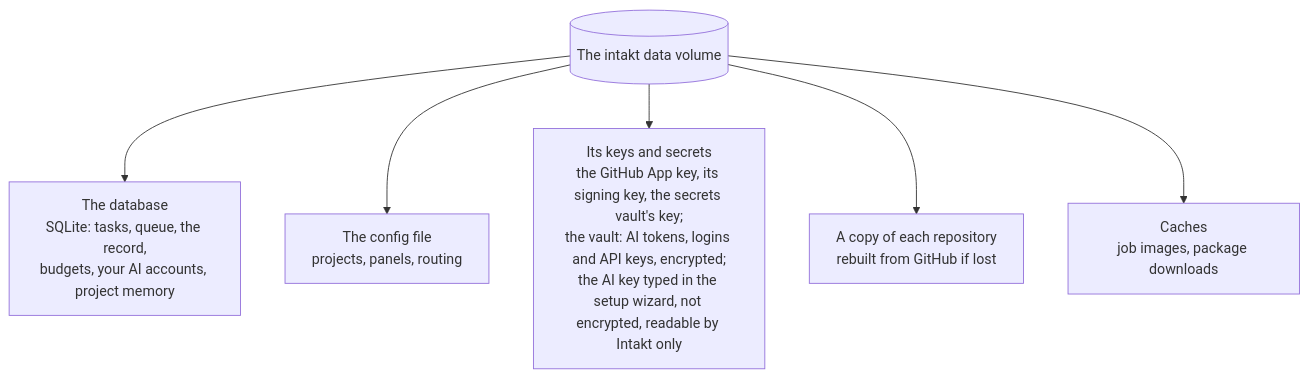
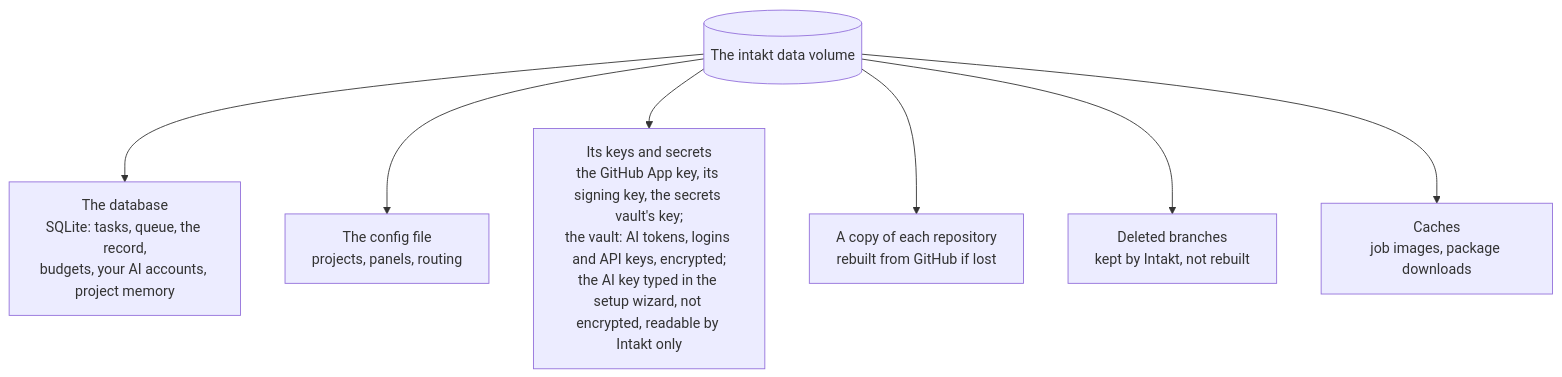
One commit to shinyredapples/intakt changed the diagram in docs/guide/your-data.md. Above: the diagram before and after it, drawn with Mermaid. The commit also changed other lines of this file and 2 other files, not shown here.

Commit message:
docs(git): describe the branch archive on the data volume

````diff
--- a/docs/guide/your-data.md
+++ b/docs/guide/your-data.md
@@ -7,8 +7,9 @@
 ```mermaid
 flowchart TD
   vol[(The intakt data volume)] --> db[The database<br/>SQLite: tasks, queue, the record,<br/>budgets, your AI accounts, project memory]
   vol --> cfg[The config file<br/>projects, panels, routing]
   vol --> keys[Its keys and secrets<br/>the GitHub App key, its signing key, the secrets vault's key;<br/>the vault: AI tokens, logins and API keys, encrypted;<br/>the AI key typed in the setup wizard, not encrypted, readable by Intakt only]
   vol --> mirror[A copy of each repository<br/>rebuilt from GitHub if lost]
+  vol --> archive[Deleted branches<br/>kept by Intakt, not rebuilt]
   vol --> cache[Caches<br/>job images, package downloads]
 ```
````
